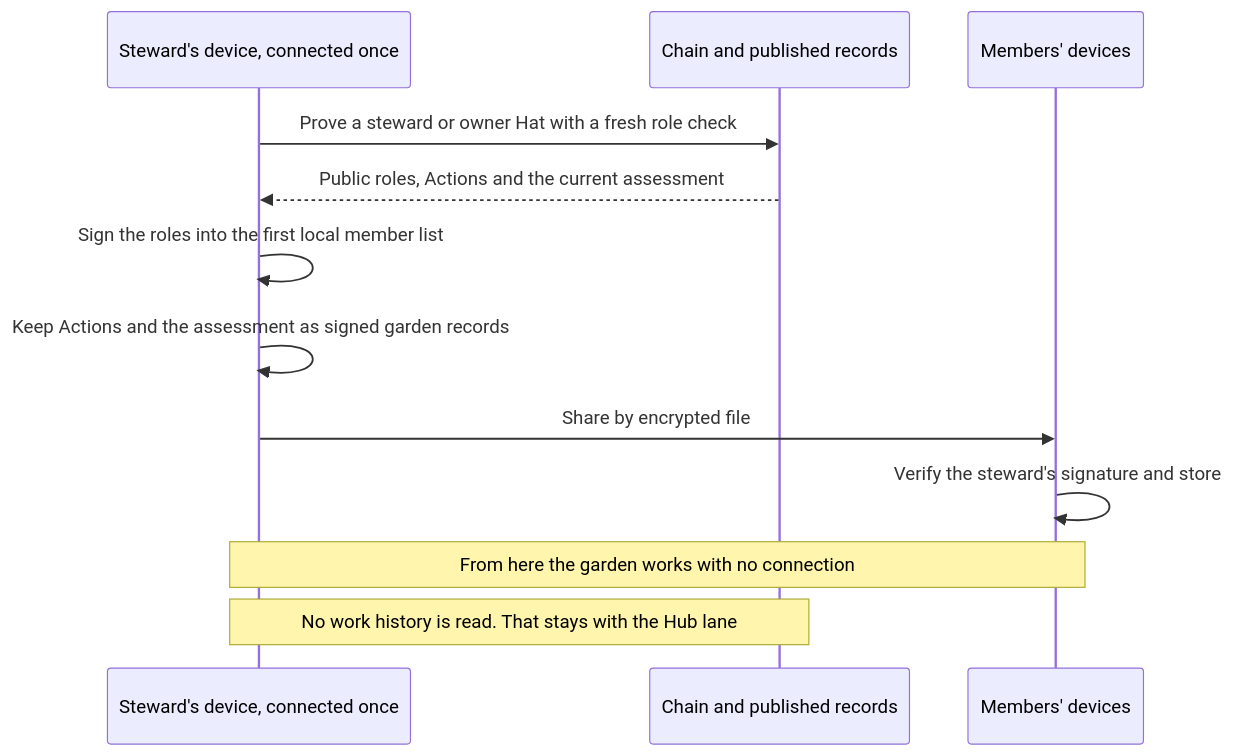
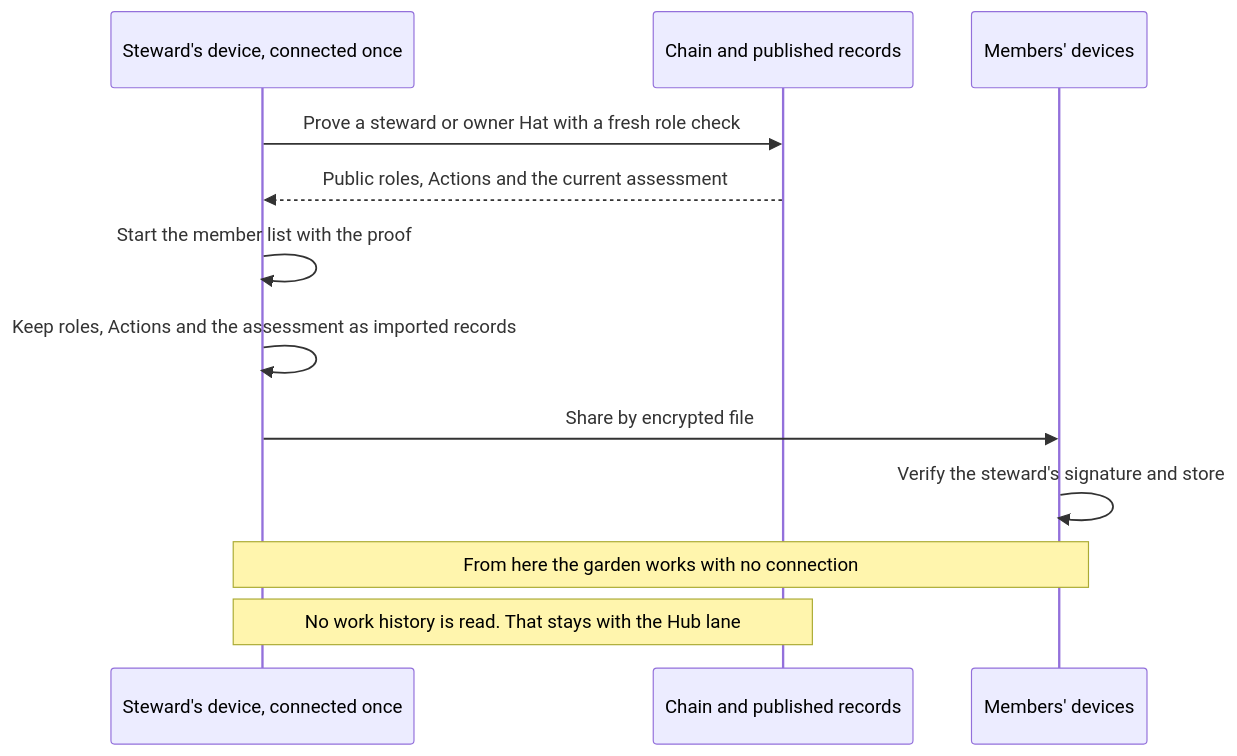
The ninth of 18 diagrams in .plans/ideas/grove/architecture-flows.md (greenpill-dev-guild/green-goods), drawn with Mermaid before and after one commit. The commit also changed 5 other files, not shown here.

````diff
--- a/.plans/ideas/grove/architecture-flows.md
+++ b/.plans/ideas/grove/architecture-flows.md
@@ -208,14 +208,14 @@
 ```mermaid
 sequenceDiagram
   participant S as Steward's device, connected once
   participant C as Chain and published records
   participant M as Members' devices
   S->>C: Prove a steward or owner Hat with a fresh role check
   C-->>S: Public roles, Actions and the current assessment
-  S->>S: Sign the roles into the first local member list
-  S->>S: Keep Actions and the assessment as signed garden records
+  S->>S: Start the member list with the proof
+  S->>S: Keep roles, Actions and the assessment as imported records
   S->>M: Share by encrypted file
   M->>M: Verify the steward's signature and store
   Note over S,M: From here the garden works with no connection
   Note over S,C: No work history is read. That stays with the Hub lane
 ```
````
